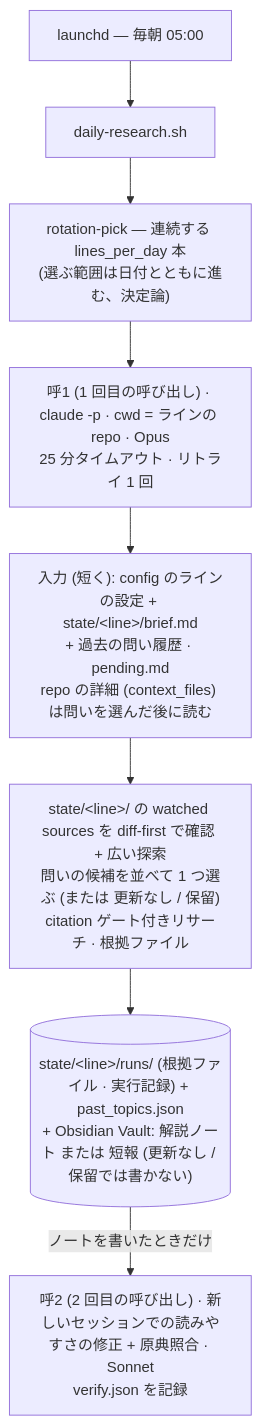
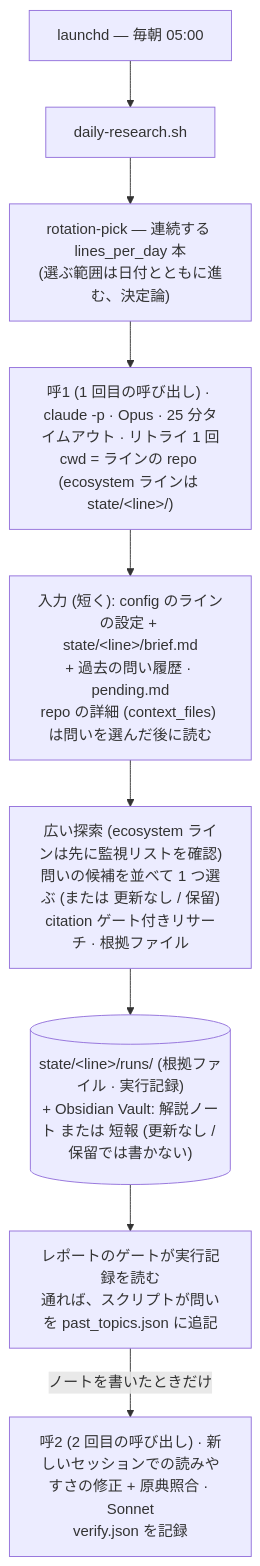
One commit to shimo4228/daily-research changed the diagram in README.ja.md. Above: the diagram before and after it, drawn with Mermaid. The commit also changed other lines of this file and 1 other file, not shown here.

First line of the commit message:
docs(readme): watched sources の差分確認を ecosystem line だけの手順にし、past_topics.json をゲート後にスクリプトが追記する形で描く

````diff
--- a/README.ja.md
+++ b/README.ja.md
@@ -19,10 +19,11 @@
 ```mermaid
 flowchart TD
     cron["launchd — 毎朝 05:00"] --> orch["daily-research.sh"]
     orch --> pick["rotation-pick — 連続する lines_per_day 本<br/>(選ぶ範囲は日付とともに進む、決定論)"]
-    pick --> loop["呼1 (1 回目の呼び出し) · claude -p · cwd = ラインの repo · Opus<br/>25 分タイムアウト · リトライ 1 回"]
+    pick --> loop["呼1 (1 回目の呼び出し) · claude -p · Opus · 25 分タイムアウト · リトライ 1 回<br/>cwd = ラインの repo (ecosystem ラインは state/&lt;line&gt;/)"]
     loop --> ctx["入力 (短く): config のラインの設定 + state/&lt;line&gt;/brief.md<br/>+ 過去の問い履歴 · pending.md<br/>repo の詳細 (context_files) は問いを選んだ後に読む"]
-    ctx --> run["state/&lt;line&gt;/ の watched sources を diff-first で確認 + 広い探索<br/>問いの候補を並べて 1 つ選ぶ (または 更新なし / 保留)<br/>citation ゲート付きリサーチ · 根拠ファイル"]
-    run --> out[("state/&lt;line&gt;/runs/ (根拠ファイル · 実行記録) + past_topics.json<br/>+ Obsidian Vault: 解説ノート または 短報 (更新なし / 保留では書かない)")]
-    out -->|ノートを書いたときだけ| clarity["呼2 (2 回目の呼び出し) · 新しいセッションでの読みやすさの修正 + 原典照合 · Sonnet<br/>verify.json を記録"]
+    ctx --> run["広い探索 (ecosystem ラインは先に監視リストを確認)<br/>問いの候補を並べて 1 つ選ぶ (または 更新なし / 保留)<br/>citation ゲート付きリサーチ · 根拠ファイル"]
+    run --> out[("state/&lt;line&gt;/runs/ (根拠ファイル · 実行記録)<br/>+ Obsidian Vault: 解説ノート または 短報 (更新なし / 保留では書かない)")]
+    out --> gate["レポートのゲートが実行記録を読む<br/>通れば、スクリプトが問いを past_topics.json に追記"]
+    gate -->|ノートを書いたときだけ| clarity["呼2 (2 回目の呼び出し) · 新しいセッションでの読みやすさの修正 + 原典照合 · Sonnet<br/>verify.json を記録"]
 ```
````
